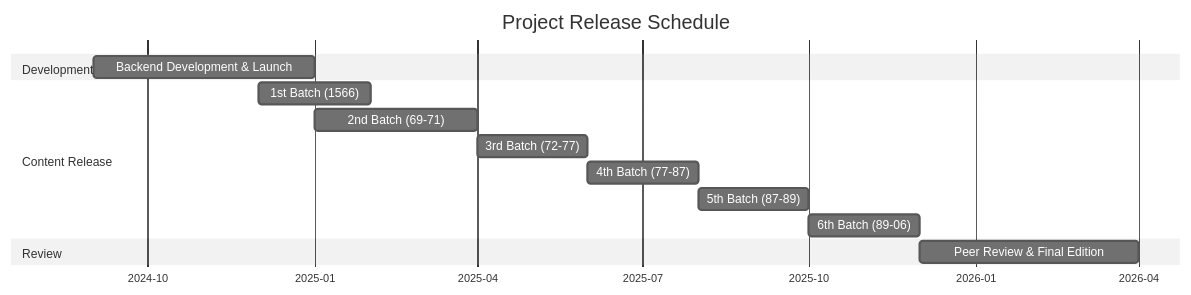
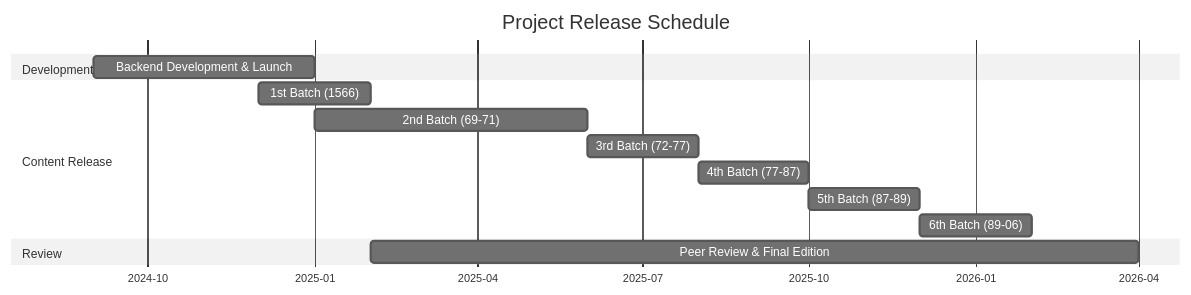
Before and after one commit to Pantagrueliste/CavrianaCorr: the diagram in README.md, drawn with Mermaid (neutral theme).

````diff
--- a/README.md
+++ b/README.md
@@ -38,21 +38,21 @@
 ```mermaid
 gantt
     title Project Release Schedule
     dateFormat YYYY-MM
     axisFormat %Y-%m
     
     section Development
     Backend Development & Launch :2024-09, 2025-01
     
     section Content Release
     
     1st Batch (1566)         :2024-12, 2025-02
-    2nd Batch (69-71)     :2025-01, 2025-04
-    3rd Batch (72-77)      :2025-04, 2025-06
-    4th Batch (77-87)     :2025-06, 2025-08
-    5th Batch (87-89)      :2025-08, 2025-10
-    6th Batch (89-06)      :2025-10, 2025-12
+    2nd Batch (69-71)     :2025-01, 2025-06
+    3rd Batch (72-77)      :2025-06, 2025-08
+    4th Batch (77-87)     :2025-08, 2025-10
+    5th Batch (87-89)      :2025-10, 2025-12
+    6th Batch (89-06)      :2025-12, 2026-02
     
     section Review
-    Peer Review & Final Edition  :2025-12, 2026-04
+    Peer Review & Final Edition  :2025-02, 2026-04
 ```
````
